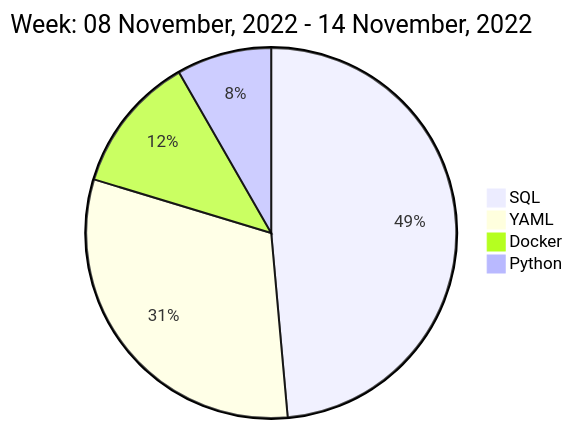
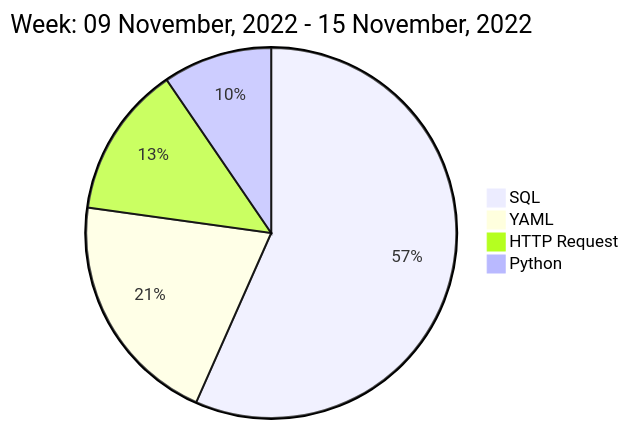
One commit to liubin95/liubin95 changed the diagram in README.md. Above: the diagram before and after it, drawn with Mermaid.

Commit message:
Updated the Graph with new Metrics

````diff
--- a/README.md
+++ b/README.md
@@ -40,8 +40,8 @@
 ```mermaid
  pie
-title Week: 08 November, 2022 - 14 November, 2022
- "SQL" : 8.2
- "YAML" : 5.25
- "Docker" : 2.03
+title Week: 09 November, 2022 - 15 November, 2022
+ "SQL" : 8.32
+ "YAML" : 3.02
+ "HTTP Request" : 1.95
  "Python" : 1.4
 ```
````
